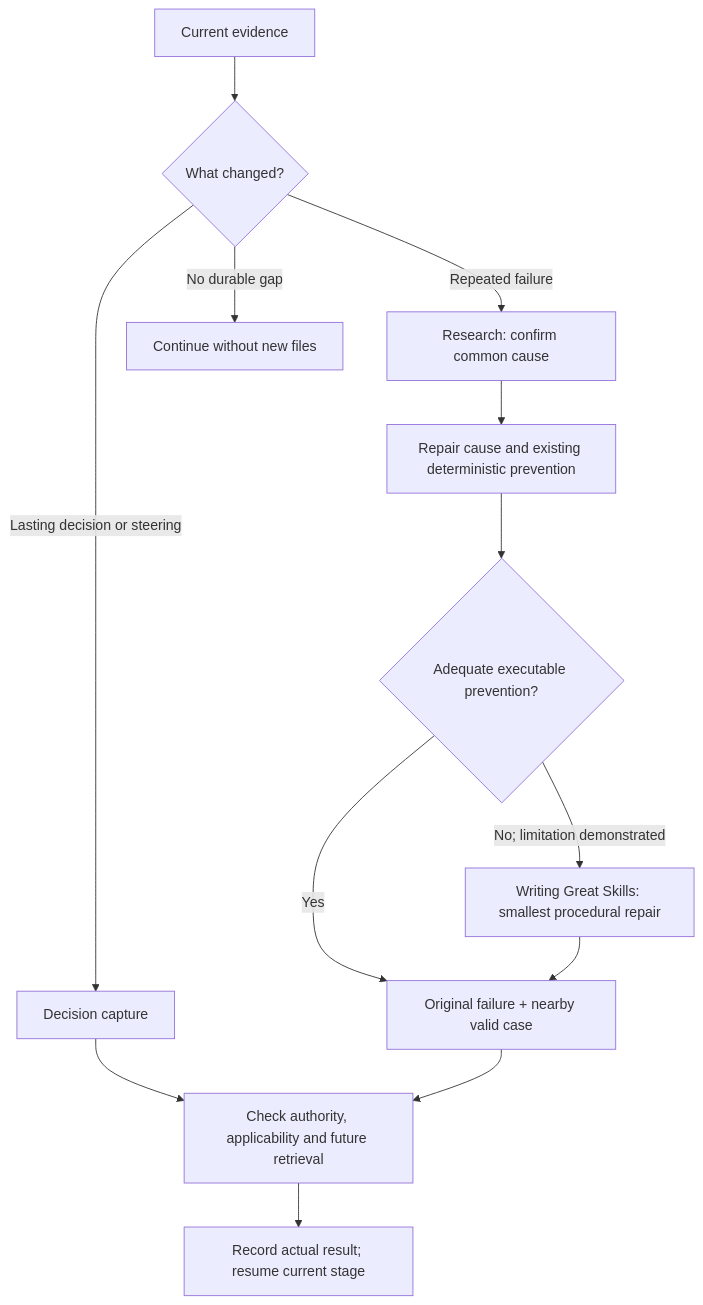
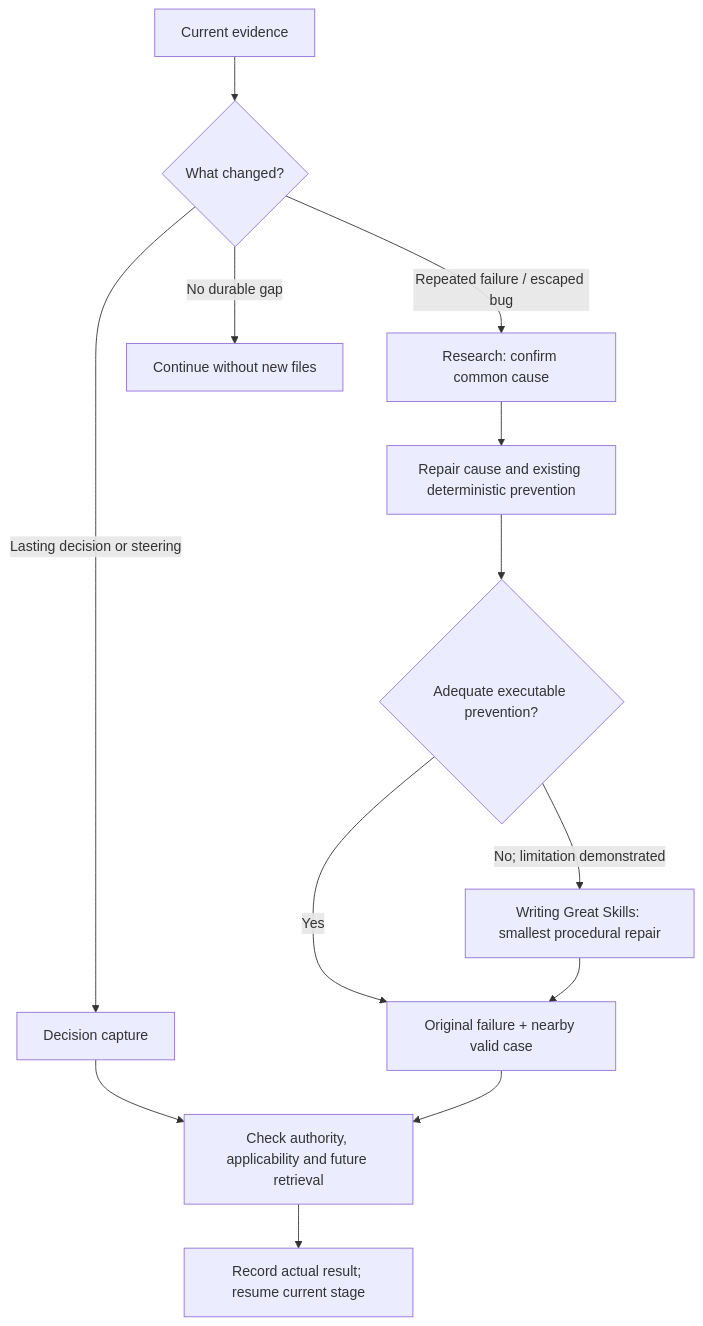
Before and after one commit to sgaabdu4/hard-eng: the diagram in .agents/skills/he-learn/SKILL.md, drawn with Mermaid. The commit also changed other lines of this file and 11 other files, not shown here.

````diff
--- a/.agents/skills/he-learn/SKILL.md
+++ b/.agents/skills/he-learn/SKILL.md
@@ -11,19 +11,19 @@
 ```mermaid
 flowchart TD
   E[Current evidence] --> T{What changed?}
-  T -->|Repeated failure| R[Research: confirm common cause]
+  T -->|Repeated failure / escaped bug| R[Research: confirm common cause]
   T -->|Lasting decision or steering| A[Decision capture]
   T -->|No durable gap| N[Continue without new files]
   R --> P[Repair cause and existing deterministic prevention]
   P --> L{Adequate executable prevention?}
   L -->|Yes| V[Original failure + nearby valid case]
   L -->|No; limitation demonstrated| S[Writing Great Skills: smallest procedural repair]
   S --> V
   A --> U[Check authority, applicability and future retrieval]
   V --> U
   U --> D[Record actual result; resume current stage]
   click R "../research/references/troubleshooting.md"
   click A "references/decisions.md"
   click S "../writing-great-skills/SKILL.md"
   click V "../he/references/testing.md"
 ```
````
